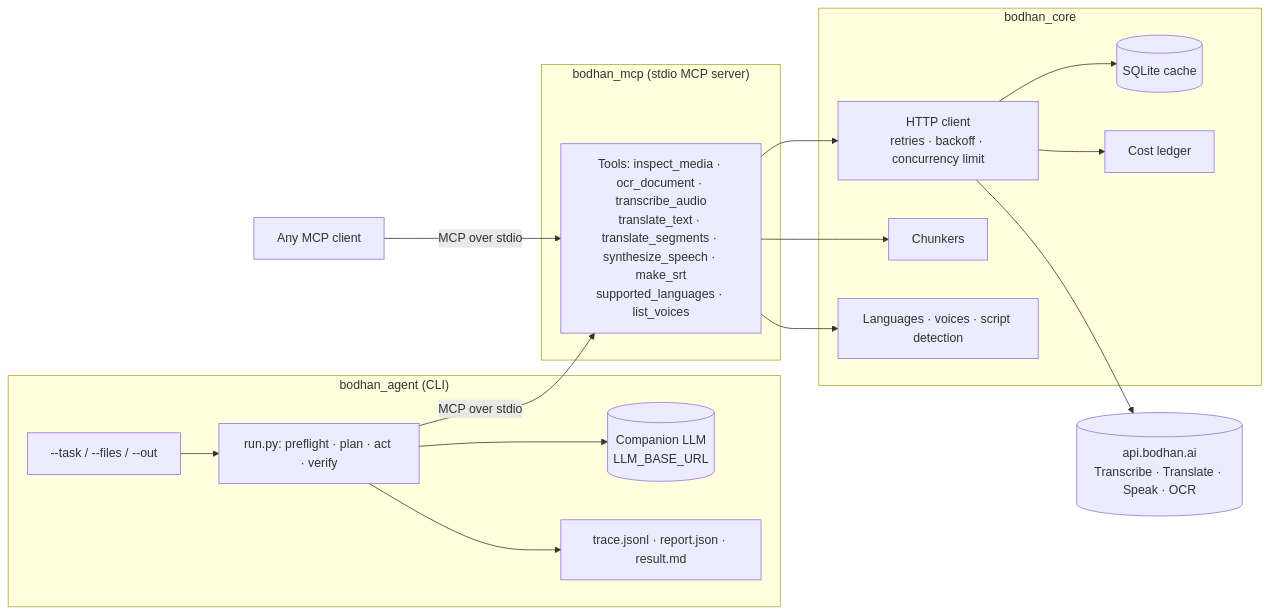
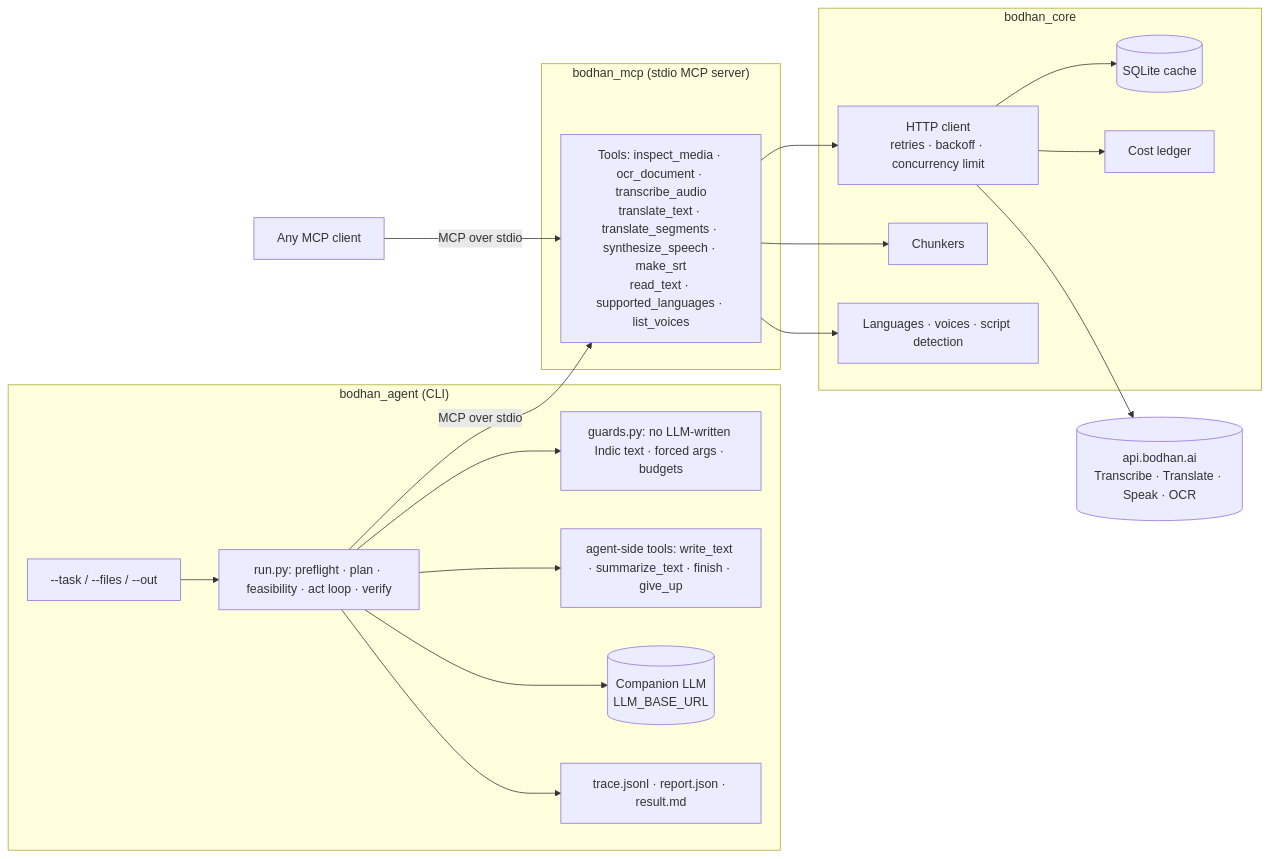
The diagram in examples/bodhan_tool_agent/docs/architecture.md (Bodhan-AI/Bodhan-AI-Cookbook), drawn with Mermaid before and after one commit. The commit also changed 27 other files, not shown here.

First line of the commit message:
feat(examples): add task agent with planning, guards, verification and budgets

````diff
--- a/examples/bodhan_tool_agent/docs/architecture.md
+++ b/examples/bodhan_tool_agent/docs/architecture.md
@@ -3,26 +3,28 @@
 ```mermaid
 flowchart LR
   subgraph Agent["bodhan_agent (CLI)"]
-    CLI[--task / --files / --out] --> Run[run.py: preflight · plan · act · verify]
+    CLI[--task / --files / --out] --> Run[run.py: preflight · plan · feasibility · act loop · verify]
+    Run --> Guards[guards.py: no LLM-written Indic text · forced args · budgets]
+    Run --> Local[agent-side tools: write_text · summarize_text · finish · give_up]
     Run --> LLM[(Companion LLM\nLLM_BASE_URL)]
     Run --> Trace[trace.jsonl · report.json · result.md]
   end
 
   subgraph Server["bodhan_mcp (stdio MCP server)"]
-    Tools[Tools: inspect_media · ocr_document · transcribe_audio\ntranslate_text · translate_segments · synthesize_speech · make_srt\nsupported_languages · list_voices]
+    Tools[Tools: inspect_media · ocr_document · transcribe_audio\ntranslate_text · translate_segments · synthesize_speech · make_srt\nread_text · supported_languages · list_voices]
   end
 
   subgraph Core["bodhan_core"]
     Client[HTTP client\nretries · backoff · concurrency limit]
     Cache[(SQLite cache)]
     Ledger[Cost ledger]
     Chunk[Chunkers]
     Langs[Languages · voices · script detection]
   end
 
   Run -- MCP over stdio --> Tools
   ThirdParty[Any MCP client] -- MCP over stdio --> Tools
   Tools --> Chunk & Langs & Client
   Client --> Cache & Ledger
   Client --> Bodhan[(api.bodhan.ai\nTranscribe · Translate · Speak · OCR)]
 ```
````
